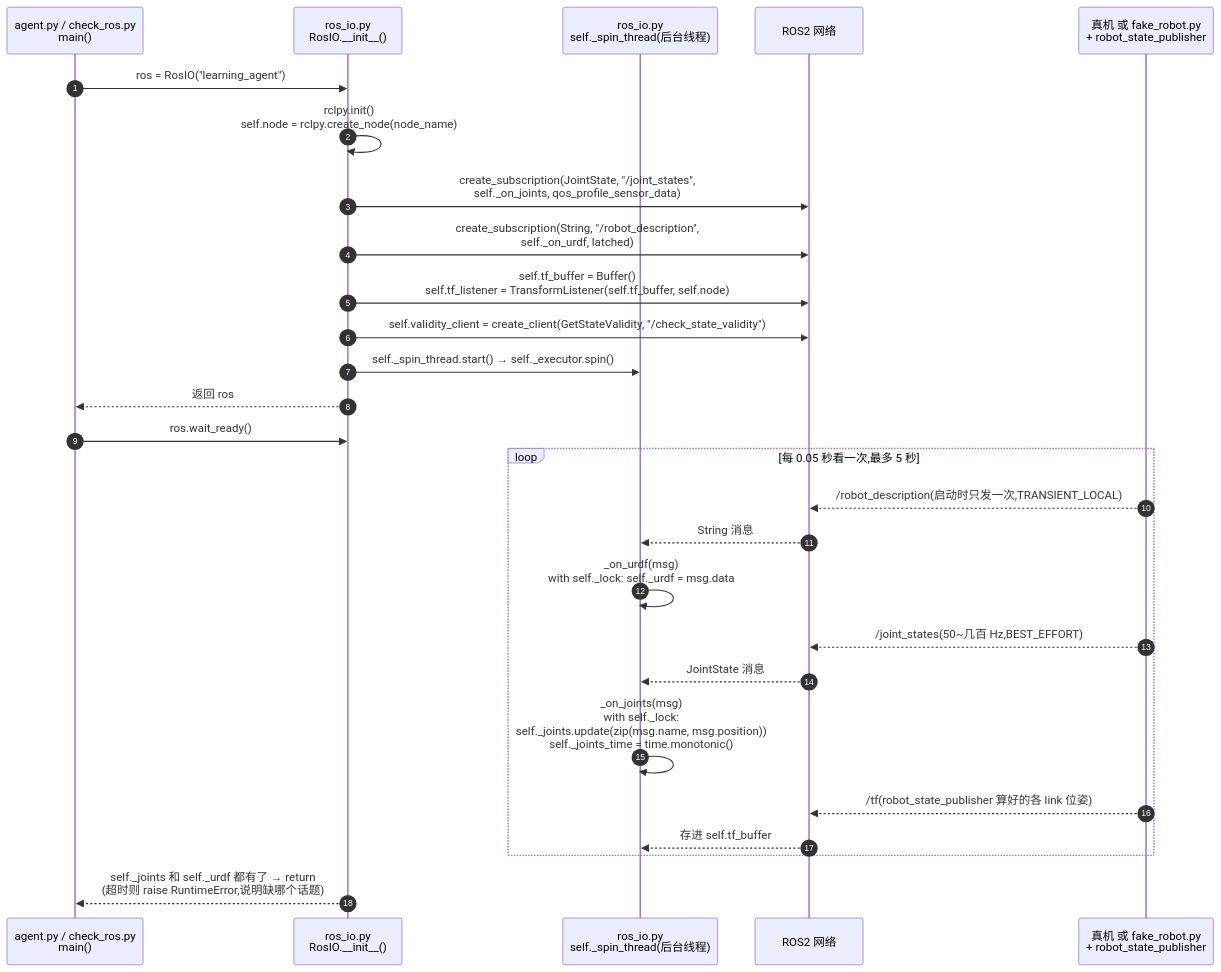
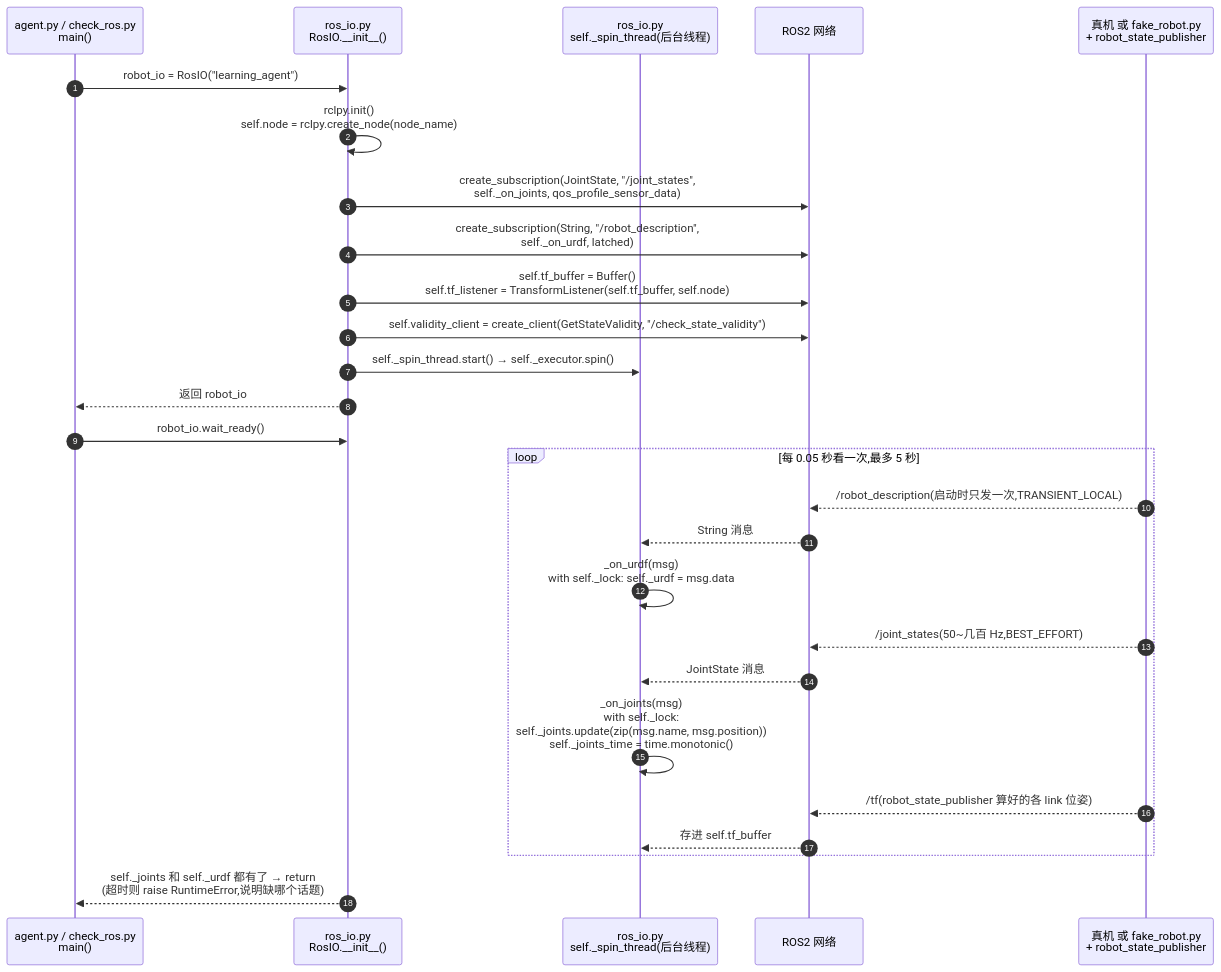
Before and after one commit to mikeJoy6/harness_genie_G2: the second of 6 diagrams in learning/stage2_ros/README.md, drawn with Mermaid. The commit also changed other lines of this file and 78 other files, not shown here.

````diff
--- a/learning/stage2_ros/README.md
+++ b/learning/stage2_ros/README.md
@@ -49,31 +49,31 @@
 ```mermaid
 sequenceDiagram
     autonumber
     participant M as agent.py / check_ros.py<br/>main()
     participant R as ros_io.py<br/>RosIO.__init__()
     participant T as ros_io.py<br/>self._spin_thread(后台线程)
     participant N as ROS2 网络
     participant P as 真机 或 fake_robot.py<br/>+ robot_state_publisher
 
-    M->>R: ros = RosIO("learning_agent")
+    M->>R: robot_io = RosIO("learning_agent")
     R->>R: rclpy.init()<br/>self.node = rclpy.create_node(node_name)
     R->>N: create_subscription(JointState, "/joint_states",<br/>self._on_joints, qos_profile_sensor_data)
     R->>N: create_subscription(String, "/robot_description",<br/>self._on_urdf, latched)
     R->>N: self.tf_buffer = Buffer()<br/>self.tf_listener = TransformListener(self.tf_buffer, self.node)
     R->>N: self.validity_client = create_client(GetStateValidity, "/check_state_validity")
     R->>T: self._spin_thread.start()  →  self._executor.spin()
-    R-->>M: 返回 ros
+    R-->>M: 返回 robot_io
 
-    M->>R: ros.wait_ready()
+    M->>R: robot_io.wait_ready()
     loop 每 0.05 秒看一次,最多 5 秒
         P-->>N: /robot_description(启动时只发一次,TRANSIENT_LOCAL)
         N-->>T: String 消息
         T->>T: _on_urdf(msg)<br/>with self._lock: self._urdf = msg.data
         P-->>N: /joint_states(50~几百 Hz,BEST_EFFORT)
         N-->>T: JointState 消息
         T->>T: _on_joints(msg)<br/>with self._lock:<br/>self._joints.update(zip(msg.name, msg.position))<br/>self._joints_time = time.monotonic()
         P-->>N: /tf(robot_state_publisher 算好的各 link 位姿)
         N-->>T: 存进 self.tf_buffer
     end
     R-->>M: self._joints 和 self._urdf 都有了 → return<br/>(超时则 raise RuntimeError,说明缺哪个话题)
 ```
````
